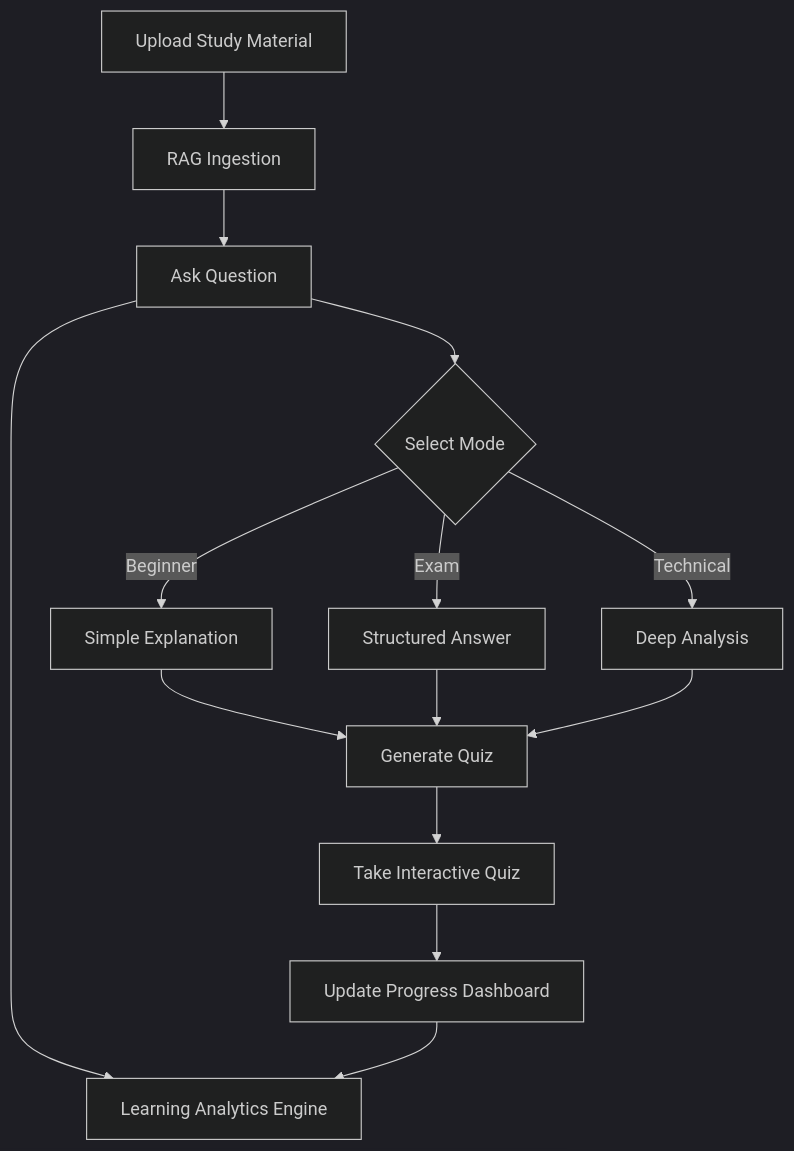
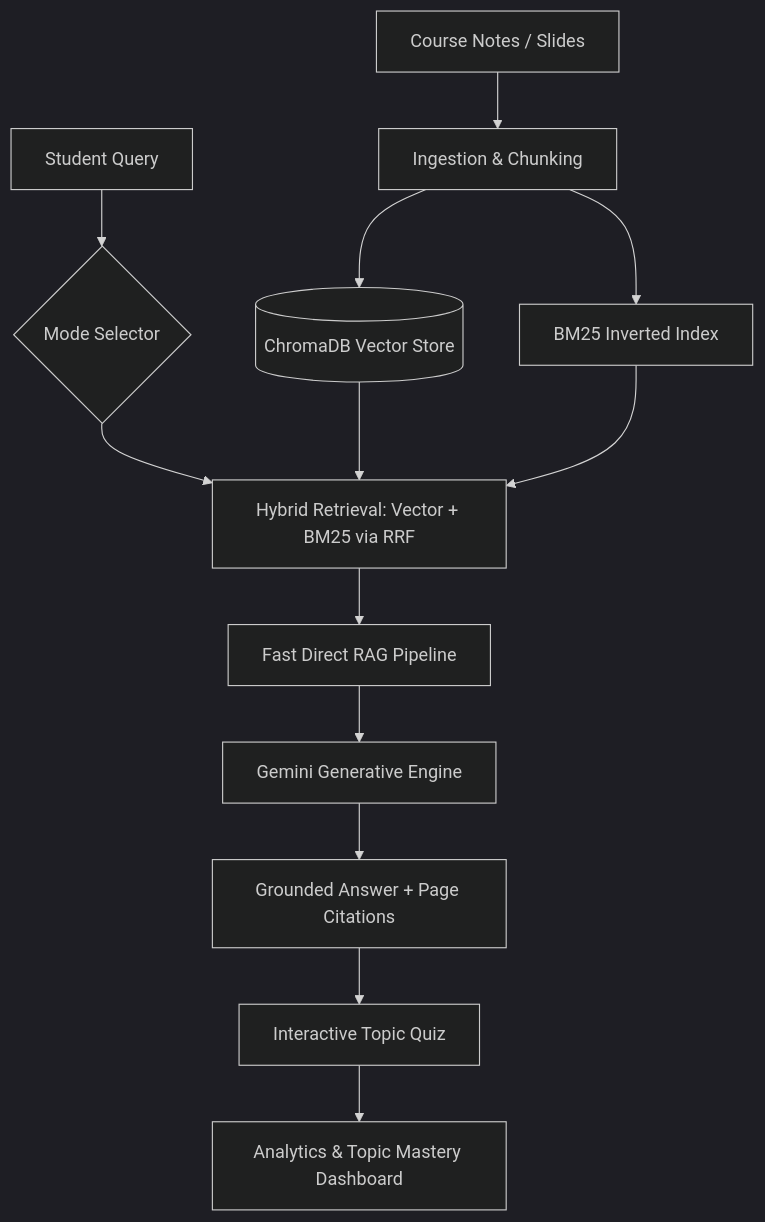
One commit to subarnasural/StudySync-AI changed the first of 2 diagrams in readme.md. Above: the diagram before and after it, drawn with Mermaid (dark theme). The commit also changed other lines of this file, not shown here.

Commit message:
docs: overhaul README with architecture diagrams, API reference, and project structure

````diff
--- a/readme.md
+++ b/readme.md
@@ -71,13 +67,18 @@
 ```mermaid
 graph TD
-    A[Upload Study Material] --> B[RAG Ingestion]
-    B --> C[Ask Question]
-    C --> D{Select Mode}
-    D -- Beginner --> E[Simple Explanation]
-    D -- Exam --> F[Structured Answer]
-    D -- Technical --> G[Deep Analysis]
-    E & F & G --> H[Generate Quiz]
-    H --> I[Take Interactive Quiz]
-    I --> J[Update Progress Dashboard]
-    C & J --> K[Learning Analytics Engine]
+    A[Course Notes / Slides] --> B[Ingestion & Chunking]
+    B --> C[(ChromaDB Vector Store)]
+    B --> D[BM25 Inverted Index]
+    
+    E[Student Query] --> F{Mode Selector}
+    F --> G[Hybrid Retrieval: Vector + BM25 via RRF]
+    C --> G
+    D --> G
+    
+    G --> H[Fast Direct RAG Pipeline]
+    H --> I[Gemini Generative Engine]
+    I --> J[Grounded Answer + Page Citations]
+    
+    J --> K[Interactive Topic Quiz]
+    K --> L[Analytics & Topic Mastery Dashboard]
 ```
````
